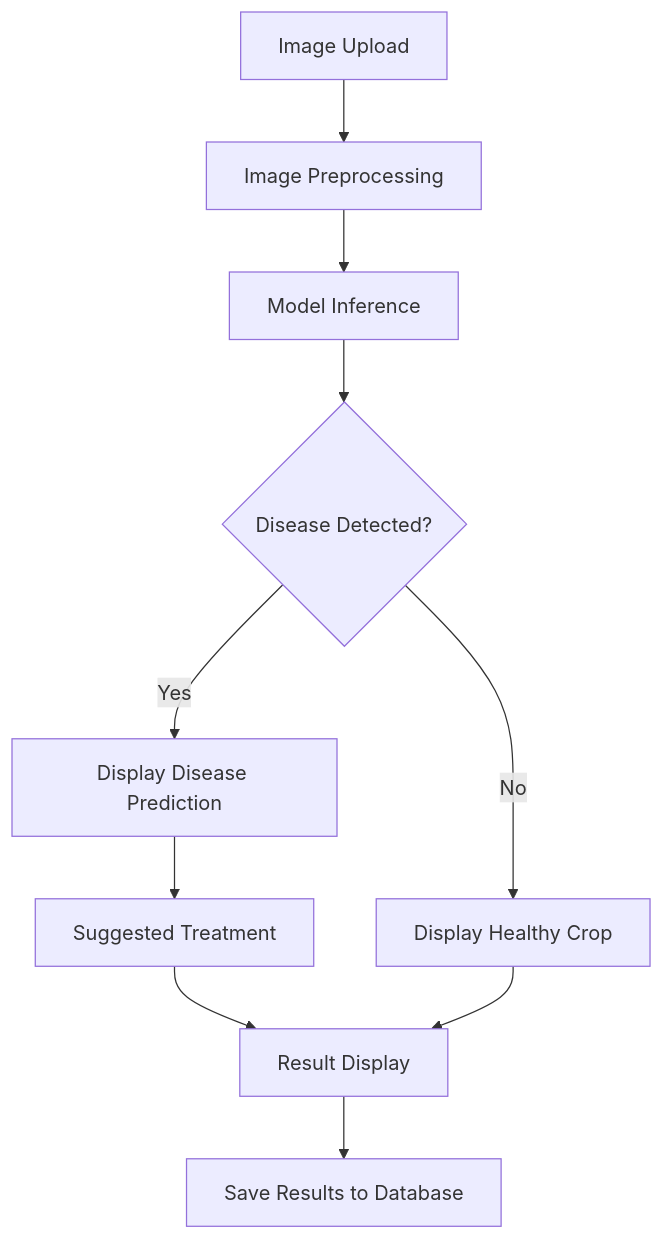
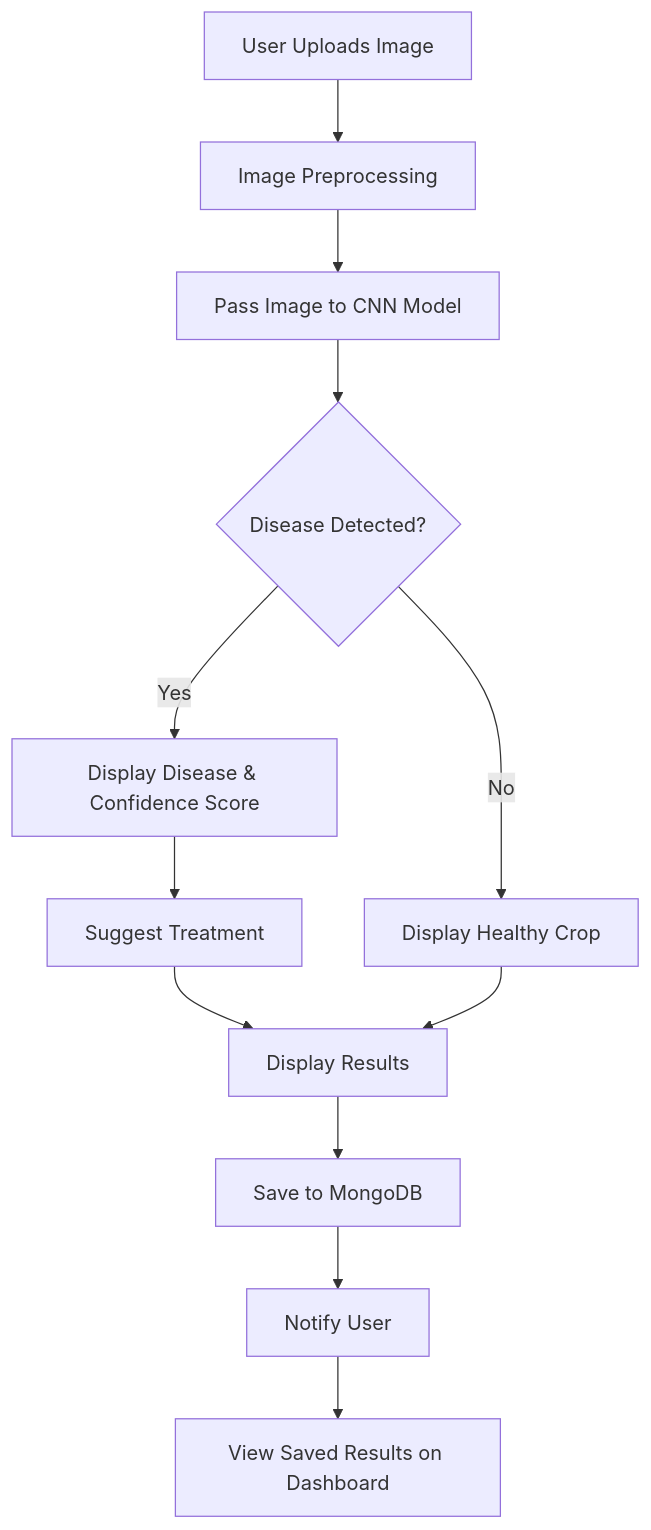
One commit to VIBUDESH07/Ai_crop_disease changed the diagram in README.md. Above: the diagram before and after it, drawn with Mermaid. The commit also changed other lines of this file, not shown here.

````diff
--- a/README.md
+++ b/README.md
@@ -24,12 +25,14 @@
 ```mermaid
 graph TD
-    A[Image Upload] --> B[Image Preprocessing]
-    B --> C[Model Inference]
+    A[User Uploads Image] --> B[Image Preprocessing]
+    B --> C[Pass Image to CNN Model]
     C --> D{Disease Detected?}
-    D -- Yes --> E[Display Disease Prediction]
-    D -- No --> F[Display Healthy Crop]
-    E --> G[Suggested Treatment]
-    G --> H[Result Display]
-    F --> H[Result Display]
-    H --> I[Save Results to Database]
+    D -- Yes --> E[Display Disease & Confidence Score]
+    E --> F[Suggest Treatment]
+    F --> G[Display Results]
+    D -- No --> H[Display Healthy Crop]
+    H --> G
+    G --> I[Save to MongoDB]
+    I --> J[Notify User]
+    J --> K[View Saved Results on Dashboard]
 ```
````
